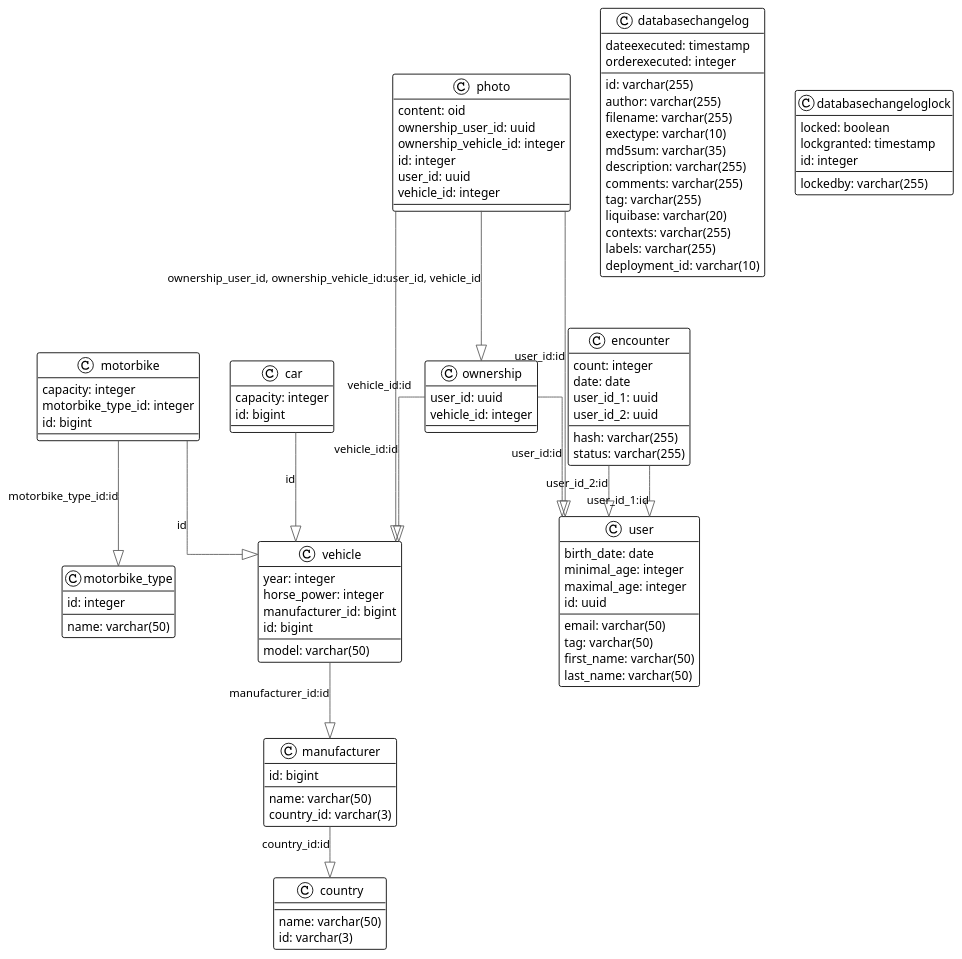
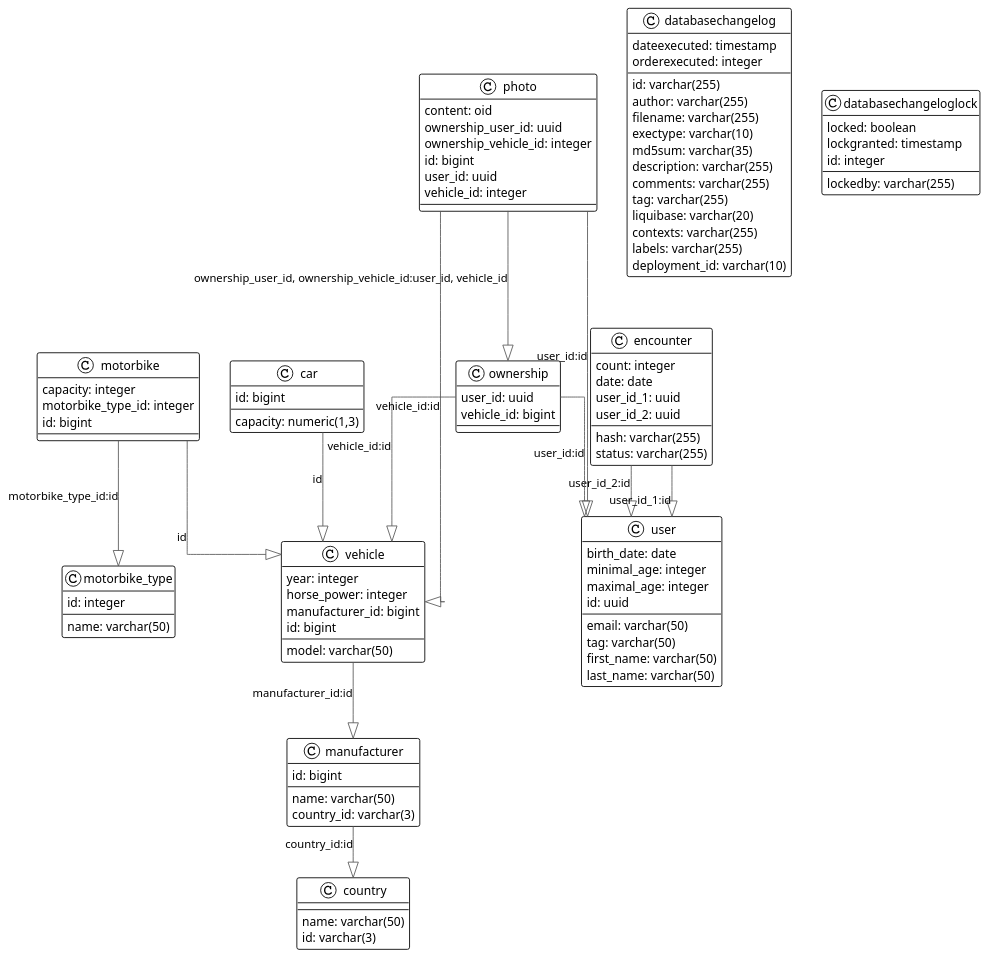
One commit to MotorMingle/API changed the diagram in docs/public.plantuml. Above: the diagram before and after it, drawn with PlantUML. The commit also changed 3 other files, not shown here.

Commit message:
Updated docs Added SonarCloud analysis trigger on dev branch Added database model diagram on README.md Added SonarCloud analysis badges on README.md

```diff
--- a/docs/public.plantuml
+++ b/docs/public.plantuml
@@ -1,101 +1,101 @@
 @startuml
 
 !theme plain
 top to bottom direction
 skinparam linetype ortho
 
 class car {
-   capacity: integer
+   capacity: numeric(1,3)
    id: bigint
 }
 class country {
    name: varchar(50)
    id: varchar(3)
 }
 class databasechangelog {
    id: varchar(255)
    author: varchar(255)
    filename: varchar(255)
    dateexecuted: timestamp
    orderexecuted: integer
    exectype: varchar(10)
    md5sum: varchar(35)
    description: varchar(255)
    comments: varchar(255)
    tag: varchar(255)
    liquibase: varchar(20)
    contexts: varchar(255)
    labels: varchar(255)
    deployment_id: varchar(10)
 }
 class databasechangeloglock {
    locked: boolean
    lockgranted: timestamp
    lockedby: varchar(255)
    id: integer
 }
 class encounter {
    hash: varchar(255)
    count: integer
    date: date
    status: varchar(255)
    user_id_1: uuid
    user_id_2: uuid
 }
 class manufacturer {
    name: varchar(50)
    country_id: varchar(3)
    id: bigint
 }
 class motorbike {
    capacity: integer
    motorbike_type_id: integer
    id: bigint
 }
 class motorbike_type {
    name: varchar(50)
    id: integer
 }
 class ownership {
    user_id: uuid
-   vehicle_id: integer
+   vehicle_id: bigint
 }
 class photo {
    content: oid
    ownership_user_id: uuid
    ownership_vehicle_id: integer
-   id: integer
+   id: bigint
    user_id: uuid
    vehicle_id: integer
 }
 class user {
    email: varchar(50)
    tag: varchar(50)
    first_name: varchar(50)
    last_name: varchar(50)
    birth_date: date
    minimal_age: integer
    maximal_age: integer
    id: uuid
 }
 class vehicle {
    model: varchar(50)
    year: integer
    horse_power: integer
    manufacturer_id: bigint
    id: bigint
 }
 
 car                    -[#595959,plain]-^  vehicle               : "id"
 encounter              -[#595959,plain]-^  user                  : "user_id_2:id"
 encounter              -[#595959,plain]-^  user                  : "user_id_1:id"
 manufacturer           -[#595959,plain]-^  country               : "country_id:id"
 motorbike              -[#595959,plain]-^  motorbike_type        : "motorbike_type_id:id"
 motorbike              -[#595959,plain]-^  vehicle               : "id"
 ownership              -[#595959,plain]-^  user                  : "user_id:id"
 ownership              -[#595959,plain]-^  vehicle               : "vehicle_id:id"
 photo                  -[#595959,plain]-^  ownership             : "ownership_user_id, ownership_vehicle_id:user_id, vehicle_id"
 photo                  -[#595959,plain]-^  user                  : "user_id:id"
 photo                  -[#595959,plain]-^  vehicle               : "vehicle_id:id"
 vehicle                -[#595959,plain]-^  manufacturer          : "manufacturer_id:id"
 @enduml
```
